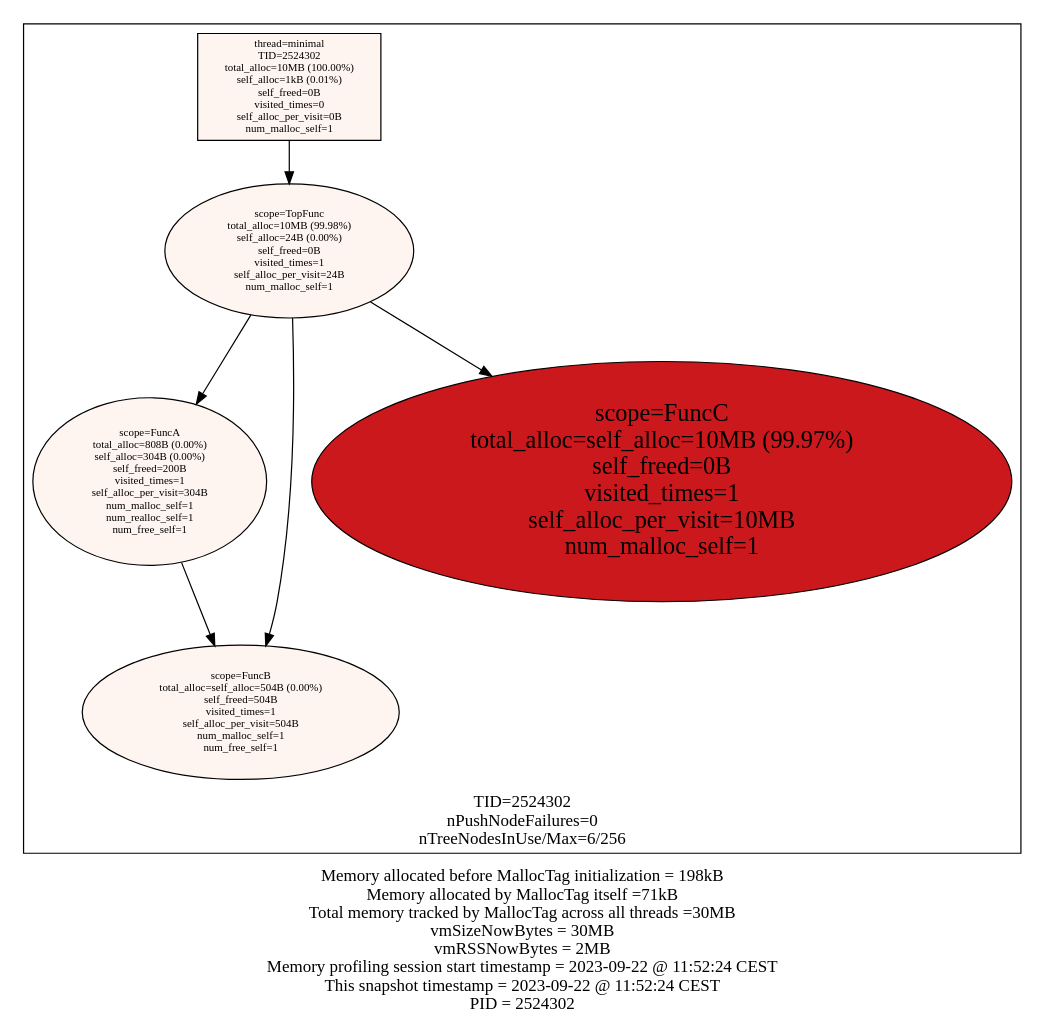
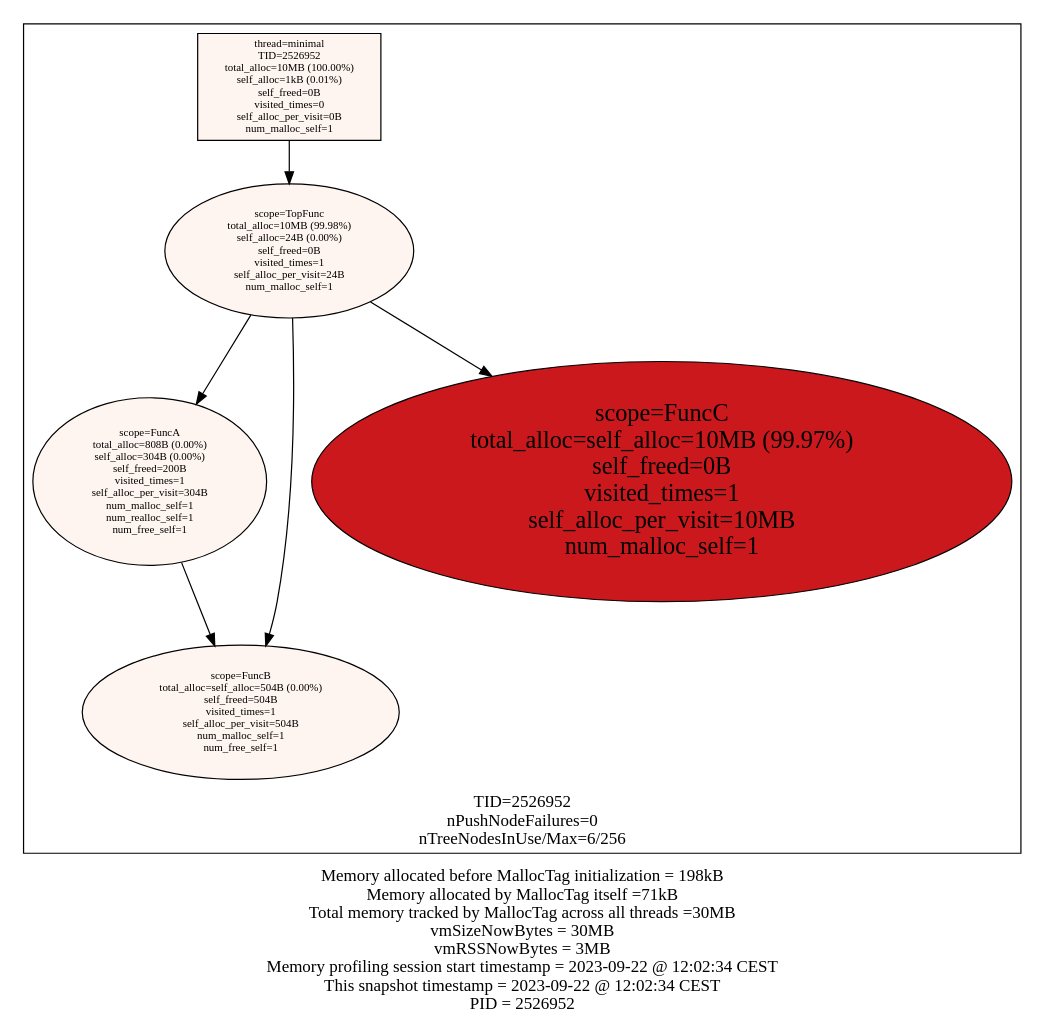
One commit to f18m/malloc-tag changed the diagram in examples/minimal/minimal_stats.dot. Above: the diagram before and after it, drawn with Graphviz. The commit also changed 10 other files, not shown here.

```diff
--- a/examples/minimal/minimal_stats.dot
+++ b/examples/minimal/minimal_stats.dot
@@ -1,22 +1,22 @@
 digraph MallocTree {
  node [colorscheme=reds9 style=filled]
- subgraph cluster_TID2524302 {
+ subgraph cluster_TID2526952 {
   node [colorscheme=reds9 style=filled]
   labelloc="b"
-  label="TID=2524302\nnPushNodeFailures=0\nnTreeNodesInUse/Max=6/256\n"
-  "2524302_minimal" [label="thread=minimal\nTID=2524302\ntotal_alloc=10MB (100.00%)\nself_alloc=1kB (0.01%)\nself_freed=0B\nvisited_times=0\nself_alloc_per_visit=0B\nnum_malloc_self=1" shape=box fillcolor=1 fontsize=9]
-  "2524302_minimal" -> "2524302_TopFunc"
-  "2524302_TopFunc" [label="scope=TopFunc\ntotal_alloc=10MB (99.98%)\nself_alloc=24B (0.00%)\nself_freed=0B\nvisited_times=1\nself_alloc_per_visit=24B\nnum_malloc_self=1" fillcolor=1 fontsize=9]
-  "2524302_TopFunc" -> "2524302_FuncA"
-  "2524302_TopFunc" -> "2524302_FuncB"
-  "2524302_TopFunc" -> "2524302_FuncC"
-  "2524302_FuncA" [label="scope=FuncA\ntotal_alloc=808B (0.00%)\nself_alloc=304B (0.00%)\nself_freed=200B\nvisited_times=1\nself_alloc_per_visit=304B\nnum_malloc_self=1\nnum_realloc_self=1\nnum_free_self=1" fillcolor=1 fontsize=9]
-  "2524302_FuncA" -> "2524302_FuncB"
-  "2524302_FuncB" [label="scope=FuncB\ntotal_alloc=self_alloc=504B (0.00%)\nself_freed=504B\nvisited_times=1\nself_alloc_per_visit=504B\nnum_malloc_self=1\nnum_free_self=1" fillcolor=1 fontsize=9]
-  "2524302_FuncB" [label="scope=FuncB\ntotal_alloc=self_alloc=504B (0.00%)\nself_freed=504B\nvisited_times=1\nself_alloc_per_visit=504B\nnum_malloc_self=1\nnum_free_self=1" fillcolor=1 fontsize=9]
-  "2524302_FuncC" [label="scope=FuncC\ntotal_alloc=self_alloc=10MB (99.97%)\nself_freed=0B\nvisited_times=1\nself_alloc_per_visit=10MB\nnum_malloc_self=1" fillcolor=7 fontsize=20]
+  label="TID=2526952\nnPushNodeFailures=0\nnTreeNodesInUse/Max=6/256\n"
+  "2526952_minimal" [label="thread=minimal\nTID=2526952\ntotal_alloc=10MB (100.00%)\nself_alloc=1kB (0.01%)\nself_freed=0B\nvisited_times=0\nself_alloc_per_visit=0B\nnum_malloc_self=1" shape=box fillcolor=1 fontsize=9]
+  "2526952_minimal" -> "2526952_TopFunc"
+  "2526952_TopFunc" [label="scope=TopFunc\ntotal_alloc=10MB (99.98%)\nself_alloc=24B (0.00%)\nself_freed=0B\nvisited_times=1\nself_alloc_per_visit=24B\nnum_malloc_self=1" fillcolor=1 fontsize=9]
+  "2526952_TopFunc" -> "2526952_FuncA"
+  "2526952_TopFunc" -> "2526952_FuncB"
+  "2526952_TopFunc" -> "2526952_FuncC"
+  "2526952_FuncA" [label="scope=FuncA\ntotal_alloc=808B (0.00%)\nself_alloc=304B (0.00%)\nself_freed=200B\nvisited_times=1\nself_alloc_per_visit=304B\nnum_malloc_self=1\nnum_realloc_self=1\nnum_free_self=1" fillcolor=1 fontsize=9]
+  "2526952_FuncA" -> "2526952_FuncB"
+  "2526952_FuncB" [label="scope=FuncB\ntotal_alloc=self_alloc=504B (0.00%)\nself_freed=504B\nvisited_times=1\nself_alloc_per_visit=504B\nnum_malloc_self=1\nnum_free_self=1" fillcolor=1 fontsize=9]
+  "2526952_FuncB" [label="scope=FuncB\ntotal_alloc=self_alloc=504B (0.00%)\nself_freed=504B\nvisited_times=1\nself_alloc_per_visit=504B\nnum_malloc_self=1\nnum_free_self=1" fillcolor=1 fontsize=9]
+  "2526952_FuncC" [label="scope=FuncC\ntotal_alloc=self_alloc=10MB (99.97%)\nself_freed=0B\nvisited_times=1\nself_alloc_per_visit=10MB\nnum_malloc_self=1" fillcolor=7 fontsize=20]
  }
 
  labelloc="b"
- label="Memory allocated before MallocTag initialization = 198kB\nMemory allocated by MallocTag itself =71kB\nTotal memory tracked by MallocTag across all threads =30MB\nvmSizeNowBytes = 30MB\nvmRSSNowBytes = 2MB\nMemory profiling session start timestamp = 2023-09-22 @ 11:52:24 CEST\nThis snapshot timestamp = 2023-09-22 @ 11:52:24 CEST\nPID = 2524302\n"
+ label="Memory allocated before MallocTag initialization = 198kB\nMemory allocated by MallocTag itself =71kB\nTotal memory tracked by MallocTag across all threads =30MB\nvmSizeNowBytes = 30MB\nvmRSSNowBytes = 3MB\nMemory profiling session start timestamp = 2023-09-22 @ 12:02:34 CEST\nThis snapshot timestamp = 2023-09-22 @ 12:02:34 CEST\nPID = 2526952\n"
 }
```
